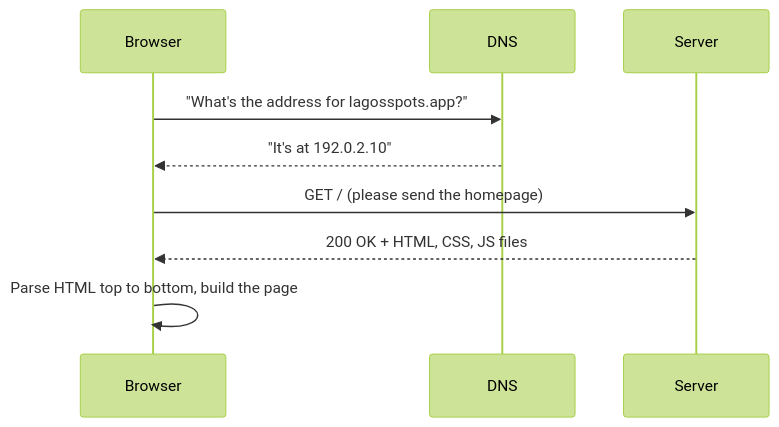
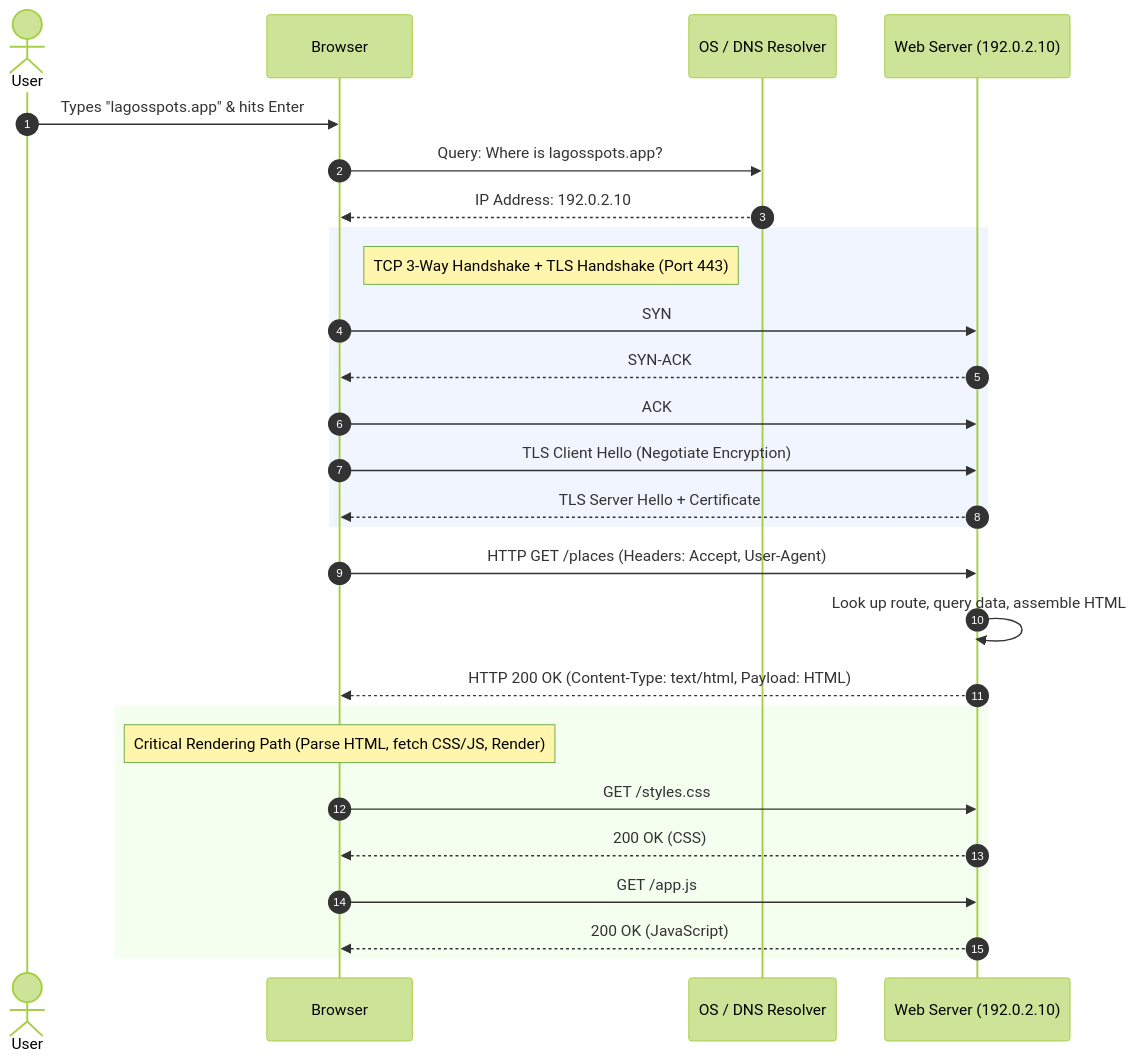
One commit to ajibolagenius/LagosDataSchool changed the second of 5 diagrams in full_stack_development_class_notes/Week 1_ Dev Environment, Git & How the Web Works.md. Above: the diagram before and after it, drawn with Mermaid (forest theme). The commit also changed other lines of this file and 4 other files, not shown here.

````diff
--- a/full_stack_development_class_notes/Week 1_ Dev Environment, Git & How the Web Works.md
+++ b/full_stack_development_class_notes/Week 1_ Dev Environment, Git & How the Web Works.md
@@ -32,11 +57,33 @@
 ```mermaid
 sequenceDiagram
+    autonumber
+    actor User
     participant Browser
-    participant DNS
-    participant Server
-    Browser->>DNS: "What's the address for lagosspots.app?"
-    DNS-->>Browser: "It's at 192.0.2.10"
-    Browser->>Server: GET / (please send the homepage)
-    Server-->>Browser: 200 OK + HTML, CSS, JS files
-    Browser->>Browser: Parse HTML top to bottom, build the page
+    participant OS_DNS as OS / DNS Resolver
+    participant Server as Web Server (192.0.2.10)
+
+    User->>Browser: Types "lagosspots.app" & hits Enter
+    Browser->>OS_DNS: Query: Where is lagosspots.app?
+    OS_DNS-->>Browser: IP Address: 192.0.2.10
+    
+    rect rgb(240, 245, 255)
+        note right of Browser: TCP 3-Way Handshake + TLS Handshake (Port 443)
+        Browser->>Server: SYN
+        Server-->>Browser: SYN-ACK
+        Browser->>Server: ACK
+        Browser->>Server: TLS Client Hello (Negotiate Encryption)
+        Server-->>Browser: TLS Server Hello + Certificate
+    end
+
+    Browser->>Server: HTTP GET /places (Headers: Accept, User-Agent)
+    Server->>Server: Look up route, query data, assemble HTML
+    Server-->>Browser: HTTP 200 OK (Content-Type: text/html, Payload: HTML)
+    
+    rect rgb(245, 255, 240)
+        note over Browser: Critical Rendering Path (Parse HTML, fetch CSS/JS, Render)
+        Browser->>Server: GET /styles.css
+        Server-->>Browser: 200 OK (CSS)
+        Browser->>Server: GET /app.js
+        Server-->>Browser: 200 OK (JavaScript)
+    end
 ```
````
